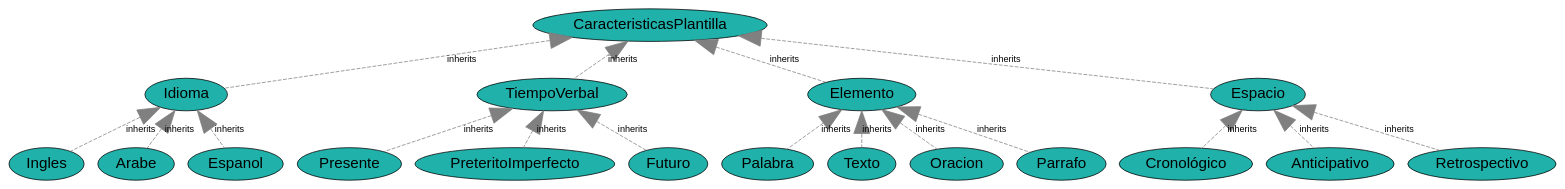
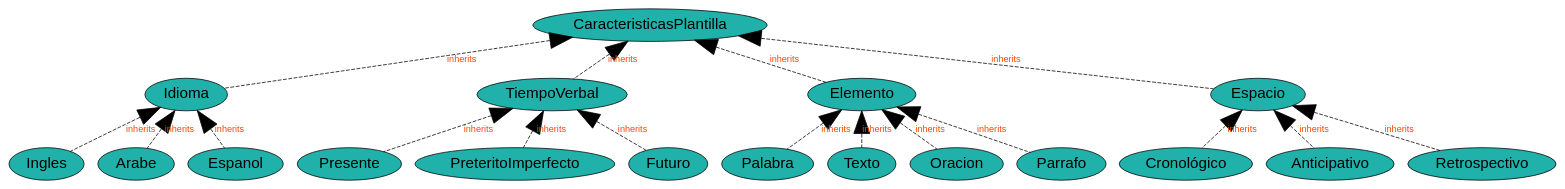
The diagram in Output/csv_dot1_characteristics.dot (JuanCasado/Lenguajes), drawn with Graphviz before and after one commit. The commit also changed 17 other files, not shown here.

```diff
--- a/Output/csv_dot1_characteristics.dot
+++ b/Output/csv_dot1_characteristics.dot
@@ -1,70 +1,71 @@
 graph characteristics{
 	//Defecto
 	node [fontname="Arial"];
 	edge [fontname="Arial",fontsize=12];
 
 	//PROPERTIES
-	node[fontsize="10", fillcolor="lightgoldenrodyellow", style="filled", shape="record", ]
-
+	  node [shape="record",style="filled",fillcolor="lightgoldenrodyellow",fontsize="10"]
 	
 
 	//CLASES
-	node[fontsize="20", fillcolor="lightseagreen", style="filled", shape="ellipse", ]
-
+	node [shape="ellipse",style="filled",fillcolor="lightseagreen",fontsize="20"]	
 	
 	class_Palabra [label="Palabra"];
 	class_Cronológico [label="Cronológico"];
 	class_Presente [label="Presente"];
 	class_Anticipativo [label="Anticipativo"];
 	class_Idioma [label="Idioma"];
 	class_TiempoVerbal [label="TiempoVerbal"];
 	class_Retrospectivo [label="Retrospectivo"];
 	class_Texto [label="Texto"];
 	class_Oracion [label="Oracion"];
 	class_Ingles [label="Ingles"];
 	class_PreteritoImperfecto [label="PreteritoImperfecto"];
 	class_Elemento [label="Elemento"];
 	class_CaracteristicasPlantilla [label="CaracteristicasPlantilla"];
 	class_Arabe [label="Arabe"];
 	class_Espanol [label="Espanol"];
 	class_Futuro [label="Futuro"];
 	class_Espacio [label="Espacio"];
 	class_Parrafo [label="Parrafo"];
 
 	//RELACIONES
-	node[fontsize="15", fillcolor="paleturquoise", style="filled", shape="hexagon", ]
-
+	node [shape="hexagon",style="filled",fillcolor="paleturquoise",fontsize="15"]	
+	
 
 	//CLASE -- PROPIEDAD
-	edge[len="3", style="dashed", color="grey", ]
 
+edge[style="dashed",len="3",color="grey"]	
 
 	//RELACION -- PROPIEDAD
+	
 
 	// uso indirecto de definiciÃ³n de tipos
+	edge[style="dotted",arrowhead="vee",dir="forward",arrowsize="2"];
 
 	// asociaciones a travÃ©s de atributos marcadas de forma directa
+	edge[fontcolor="orangered", color="orangered", style="dashed", arrowhead="vee",dir="forward",arrowsize="2"];
 
 	// herencias
-	class_CaracteristicasPlantilla -- class_Idioma [arrowsize="3", arrowhead="normal", dir="back", label="inherits"];
-	class_Idioma -- class_Espanol [arrowsize="3", arrowhead="normal", dir="back", label="inherits"];
-	class_Idioma -- class_Ingles [arrowsize="3", arrowhead="normal", dir="back", label="inherits"];
-	class_Idioma -- class_Arabe [arrowsize="3", arrowhead="normal", dir="back", label="inherits"];
-	class_CaracteristicasPlantilla -- class_TiempoVerbal [arrowsize="3", arrowhead="normal", dir="back", label="inherits"];
-	class_TiempoVerbal -- class_Presente [arrowsize="3", arrowhead="normal", dir="back", label="inherits"];
-	class_TiempoVerbal -- class_Futuro [arrowsize="3", arrowhead="normal", dir="back", label="inherits"];
-	class_TiempoVerbal -- class_PreteritoImperfecto [arrowsize="3", arrowhead="normal", dir="back", label="inherits"];
-	class_CaracteristicasPlantilla -- class_Espacio [arrowsize="3", arrowhead="normal", dir="back", label="inherits"];
-	class_Espacio -- class_Cronológico [arrowsize="3", arrowhead="normal", dir="back", label="inherits"];
-	class_Espacio -- class_Retrospectivo [arrowsize="3", arrowhead="normal", dir="back", label="inherits"];
-	class_Espacio -- class_Anticipativo [arrowsize="3", arrowhead="normal", dir="back", label="inherits"];
-	class_CaracteristicasPlantilla -- class_Elemento [arrowsize="3", arrowhead="normal", dir="back", label="inherits"];
-	class_Elemento -- class_Texto [arrowsize="3", arrowhead="normal", dir="back", label="inherits"];
-	class_Elemento -- class_Parrafo [arrowsize="3", arrowhead="normal", dir="back", label="inherits"];
-	class_Elemento -- class_Oracion [arrowsize="3", arrowhead="normal", dir="back", label="inherits"];
-	class_Elemento -- class_Palabra [arrowsize="3", arrowhead="normal", dir="back", label="inherits"];
+	edge[len="5",color="black",arrowhead="normal",arrowsize="3",dir="back",]	class_CaracteristicasPlantilla -- class_Idioma [label="inherits"];
+	class_Idioma -- class_Espanol [label="inherits"];
+	class_Idioma -- class_Ingles [label="inherits"];
+	class_Idioma -- class_Arabe [label="inherits"];
+	class_CaracteristicasPlantilla -- class_TiempoVerbal [label="inherits"];
+	class_TiempoVerbal -- class_Presente [label="inherits"];
+	class_TiempoVerbal -- class_Futuro [label="inherits"];
+	class_TiempoVerbal -- class_PreteritoImperfecto [label="inherits"];
+	class_CaracteristicasPlantilla -- class_Espacio [label="inherits"];
+	class_Espacio -- class_Cronológico [label="inherits"];
+	class_Espacio -- class_Retrospectivo [label="inherits"];
+	class_Espacio -- class_Anticipativo [label="inherits"];
+	class_CaracteristicasPlantilla -- class_Elemento [label="inherits"];
+	class_Elemento -- class_Texto [label="inherits"];
+	class_Elemento -- class_Parrafo [label="inherits"];
+	class_Elemento -- class_Oracion [label="inherits"];
+	class_Elemento -- class_Palabra [label="inherits"];
 
 	// enlaces de relaciones
-	edge[len="2",penwidth="3",color="blue"]
+	edge[len="2",penwidth="3",color="blue",fontcolor="blue",dir="forward",arrowhead="normal"]
 
 }
```
